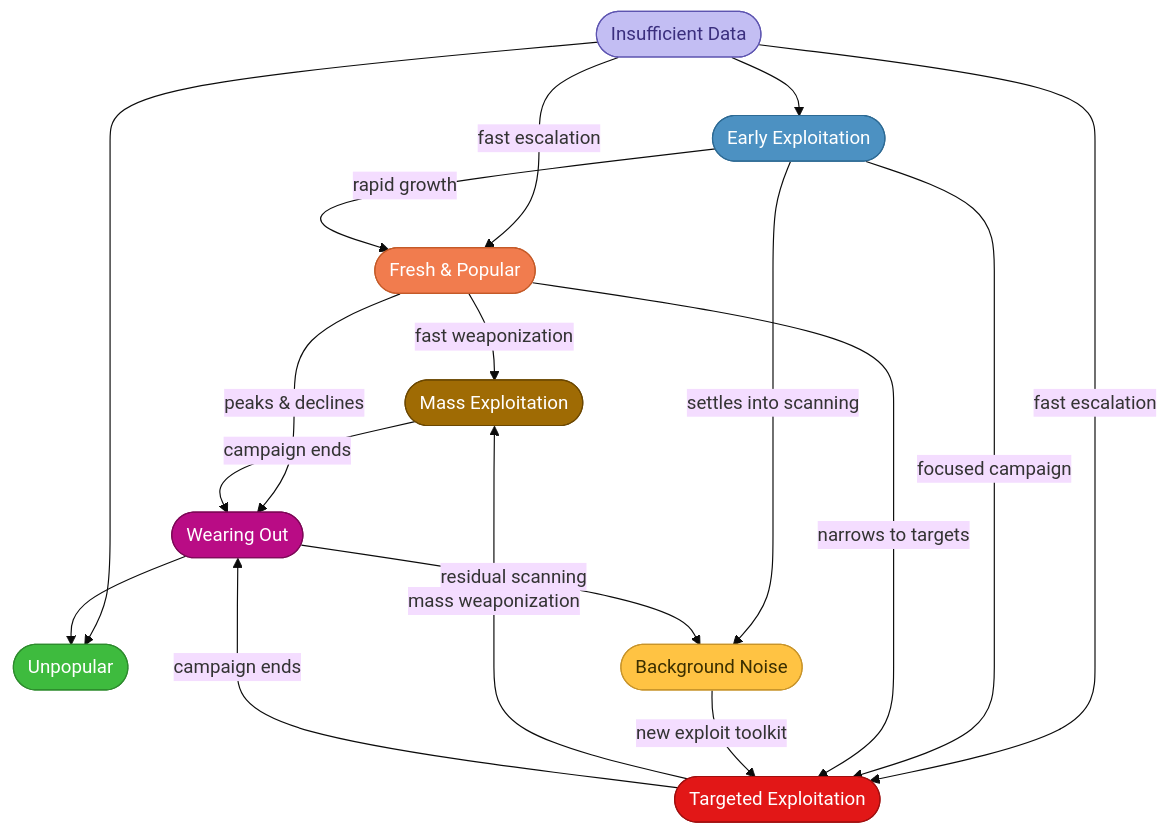
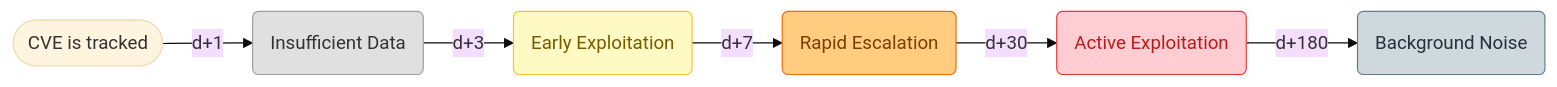
One commit to crowdsecurity/crowdsec-docs changed the second of 2 diagrams in crowdsec-docs/unversioned/tracker_api/exploitation_phases.mdx. Above: the diagram before and after it, drawn with Mermaid (base theme). The commit also changed other lines of this file and 4 other files, not shown here.

````diff
--- a/crowdsec-docs/unversioned/tracker_api/exploitation_phases.mdx
+++ b/crowdsec-docs/unversioned/tracker_api/exploitation_phases.mdx
@@ -92,37 +122,27 @@
 ```mermaid
-graph TB
-    ID(["Insufficient Data"]):::gray
-    EE(["Early Exploitation"]):::early
-    FP(["Fresh & Popular"]):::fresh
-    UP(["Unpopular"]):::green
-    BN(["Background Noise"]):::blue
-    TE(["Targeted Exploitation"]):::orange
-    ME(["Mass Exploitation"]):::red
-    WO(["Wearing Out"]):::fading
+flowchart LR
+    start([CVE is tracked]) -->|d+1| insufficient_data
+    insufficient_data -->|d+3| early_exploitation
+    early_exploitation -->|d+7| rapid_escalation
+    rapid_escalation -->|d+30| active_exploitation
+    active_exploitation -->|d+180| background_noise
 
-    ID --> EE
-    ID --> UP
-    ID -->|fast escalation| FP
-    ID -->|fast escalation| TE
-    EE -->|rapid growth| FP
-    EE -->|focused campaign| TE
-    EE -->|settles into scanning| BN
-    FP -->|fast weaponization| ME
-    FP -->|narrows to targets| TE
-    FP -->|peaks & declines| WO
-    TE -->|mass weaponization| ME
-    TE -->|campaign ends| WO
-    ME -->|campaign ends| WO
-    WO -->|residual scanning| BN
-    WO --> UP
-    BN -->|new exploit toolkit| TE
+    insufficient_data(Insufficient Data)
+    early_exploitation(Early Exploitation)
+    rapid_escalation(Rapid Escalation)
+    active_exploitation(Active Exploitation)
+    background_noise(Background Noise)
 
-    classDef gray   fill:#C3BEF3,stroke:#5D54B0,color:#3b2f7e
-    classDef early  fill:#4C91C2,stroke:#2d6a94,color:#fff
-    classDef fresh  fill:#F17C4E,stroke:#c45a28,color:#fff
-    classDef green  fill:#3EBB3E,stroke:#2d8b2d,color:#fff
-    classDef blue   fill:#FFC343,stroke:#c8942a,color:#3b2f00
-    classDef orange fill:#E21717,stroke:#a00f0f,color:#fff
-    classDef red    fill:#9F6B04,stroke:#6b4700,color:#fff
-    classDef fading fill:#B90C85,stroke:#7d0857,color:#fff
+    %% Colors map to threat level / attacker interest
+    classDef neutral  fill:#e0e0e0,stroke:#9e9e9e,color:#333;
+    classDef early    fill:#fff9c4,stroke:#fbc02d,color:#7a5a00;
+    classDef popular  fill:#ffcc80,stroke:#ef6c00,color:#7a3e00;
+    classDef high     fill:#ffcdd2,stroke:#e53935,color:#b71c1c;
+    classDef noise    fill:#cfd8dc,stroke:#607d8b,color:#263238;
+
+    class insufficient_data neutral;
+    class early_exploitation early;
+    class rapid_escalation popular;
+    class active_exploitation high;
+    class background_noise noise;
 ```
````
